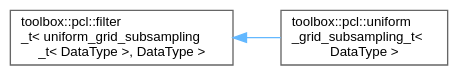
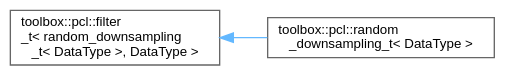
Before and after one commit to nerdneilsfield/cpp-toolbox: the diagram in inherit_graph_118.dot, drawn with Graphviz. The commit also changed 282 other files, not shown here.

```diff
--- a/inherit_graph_118.dot
+++ b/inherit_graph_118.dot
@@ -1,11 +1,11 @@
 digraph "Graphical Class Hierarchy"
 {
  // LATEX_PDF_SIZE
   bgcolor="transparent";
   edge [fontname=Helvetica,fontsize=10,labelfontname=Helvetica,labelfontsize=10];
   node [fontname=Helvetica,fontsize=10,shape=box,height=0.2,width=0.4];
   rankdir="LR";
-  Node0 [id="Node000000",label="toolbox::pcl::filter\l_t\< uniform_grid_subsampling\l_t\< DataType \>, DataType \>",height=0.2,width=0.4,color="grey40", fillcolor="white", style="filled",URL="$classtoolbox_1_1pcl_1_1filter__t.html",tooltip=" "];
-  Node0 -> Node1 [id="edge106_Node000000_Node000001",dir="back",color="steelblue1",style="solid",tooltip=" "];
-  Node1 [id="Node000001",label="toolbox::pcl::uniform\l_grid_subsampling_t\<\l DataType \>",height=0.2,width=0.4,color="grey40", fillcolor="white", style="filled",URL="$classtoolbox_1_1pcl_1_1uniform__grid__subsampling__t.html",tooltip=" "];
+  Node0 [id="Node000000",label="toolbox::pcl::filter\l_t\< random_downsampling\l_t\< DataType \>, DataType \>",height=0.2,width=0.4,color="grey40", fillcolor="white", style="filled",URL="$classtoolbox_1_1pcl_1_1filter__t.html",tooltip=" "];
+  Node0 -> Node1 [id="edge105_Node000000_Node000001",dir="back",color="steelblue1",style="solid",tooltip=" "];
+  Node1 [id="Node000001",label="toolbox::pcl::random\l_downsampling_t\< DataType \>",height=0.2,width=0.4,color="grey40", fillcolor="white", style="filled",URL="$classtoolbox_1_1pcl_1_1random__downsampling__t.html",tooltip=" "];
 }
```
